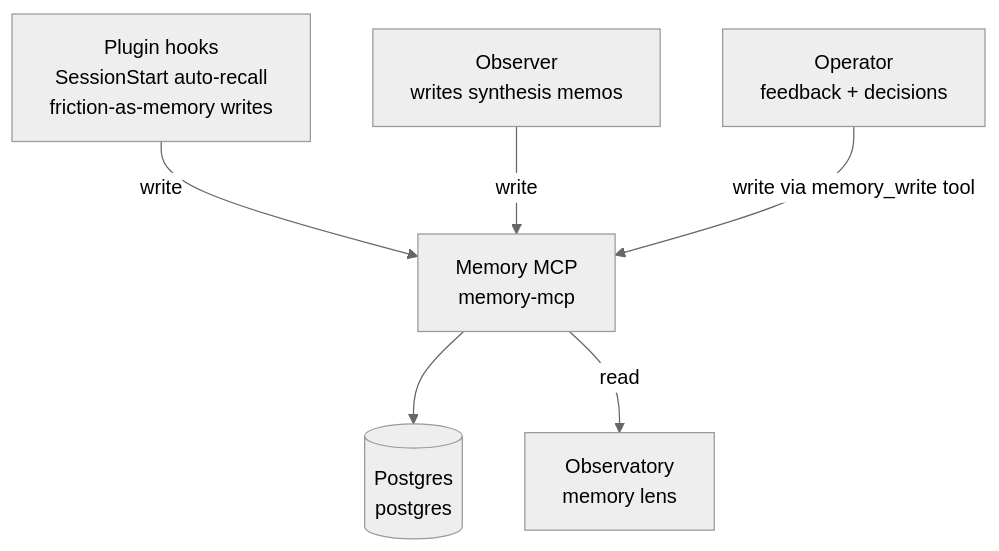
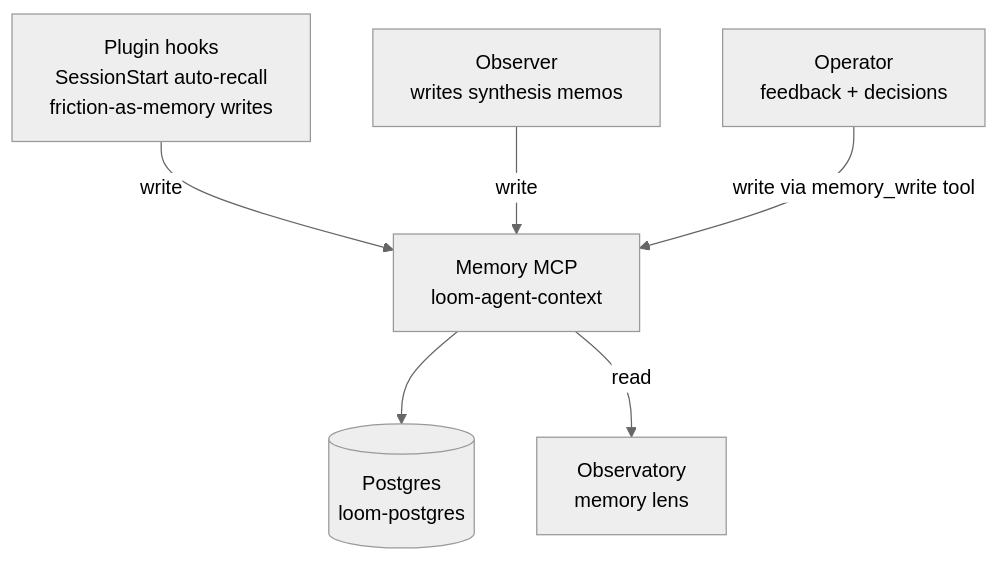
The diagram in apps/docs-site/src/content/docs/systems/memory.md (Lizo-RoadTown/tapestry), drawn with Mermaid (neutral theme) before and after one commit. The commit also changed other lines of this file and 19 other files, not shown here.

````diff
--- a/apps/docs-site/src/content/docs/systems/memory.md
+++ b/apps/docs-site/src/content/docs/systems/memory.md
@@ -35,14 +35,14 @@
 ```mermaid
 flowchart TB
     P[Plugin hooks<br/>SessionStart auto-recall<br/>friction-as-memory writes]
     O[Observer<br/>writes synthesis memos]
     OP[Operator<br/>feedback + decisions]
-    M[Memory MCP<br/>memory-mcp]
-    PG[(Postgres<br/>postgres)]
+    M[Memory MCP<br/>loom-agent-context]
+    PG[(Postgres<br/>loom-postgres)]
     OBSY[Observatory<br/>memory lens]
     P -->|write| M
     O -->|write| M
     OP -->|write via memory_write tool| M
     M --> PG
     M -->|read| OBSY
 ```
````
